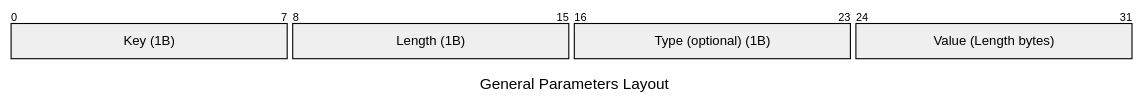
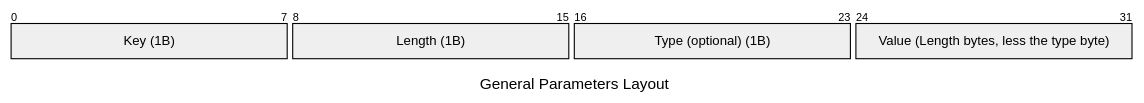
One commit to flip-dots/SolixBLE changed the fourth of 15 diagrams in docs/source/protocols.rst. Above: the diagram before and after it, drawn with Mermaid. The commit also changed other lines of this file, not shown here.

```diff
--- a/docs/source/protocols.rst
+++ b/docs/source/protocols.rst
@@ -204,8 +263,8 @@
 .. mermaid::
 
   packet-beta
   title General Parameters Layout
   0-7: "Key (1B)"
   8-15: "Length (1B)"
   16-23: "Type (optional) (1B)"
-  24-31: "Value (Length bytes)"
+  24-31: "Value (Length bytes, less the type byte)"
```
